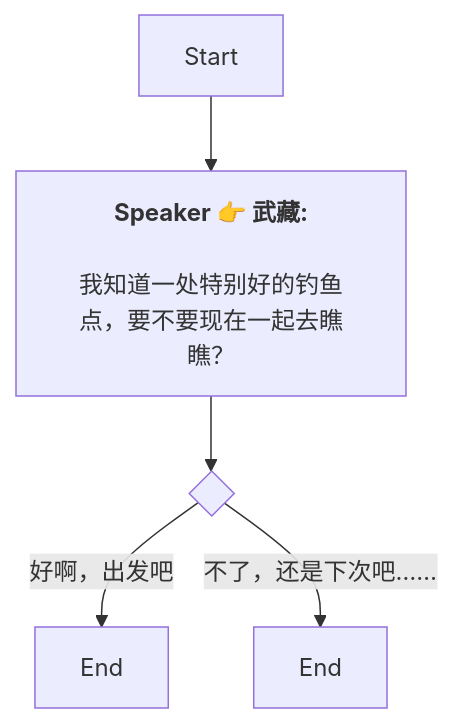
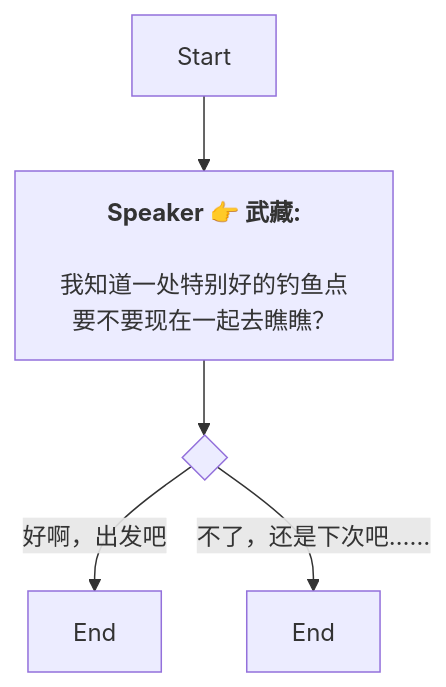
One commit to SoftHu/tos_avg changed the diagram in Zh/QuestTalkObjectiveNode_1752073784588636.md. Above: the diagram before and after it, drawn with Mermaid. The commit also changed 199 other files, not shown here.

````diff
--- a/Zh/QuestTalkObjectiveNode_1752073784588636.md
+++ b/Zh/QuestTalkObjectiveNode_1752073784588636.md
@@ -1,10 +1,11 @@
 ```mermaid
 graph
 Start -->1752074396103008[<b>Speaker 👉 武藏:</b>
 
-我知道一处特别好的钓鱼点，要不要现在一起去瞧瞧？]
+我知道一处特别好的钓鱼点
+要不要现在一起去瞧瞧？]
 1752074396103008 -->1752074591035746{ }
 1752074591035746 -->|好啊，出发吧|1752074625830247[End]
 1752074591035746 -->|不了，还是下次吧……|1752074630815080[End]
 
  ```
````
